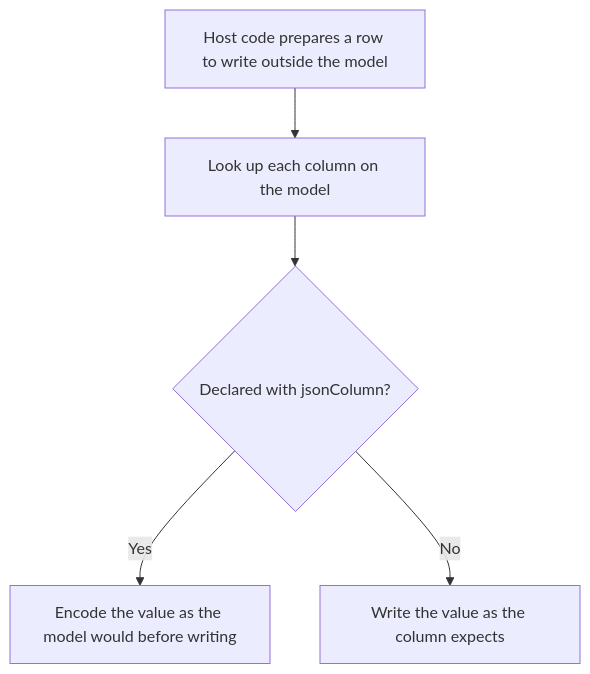
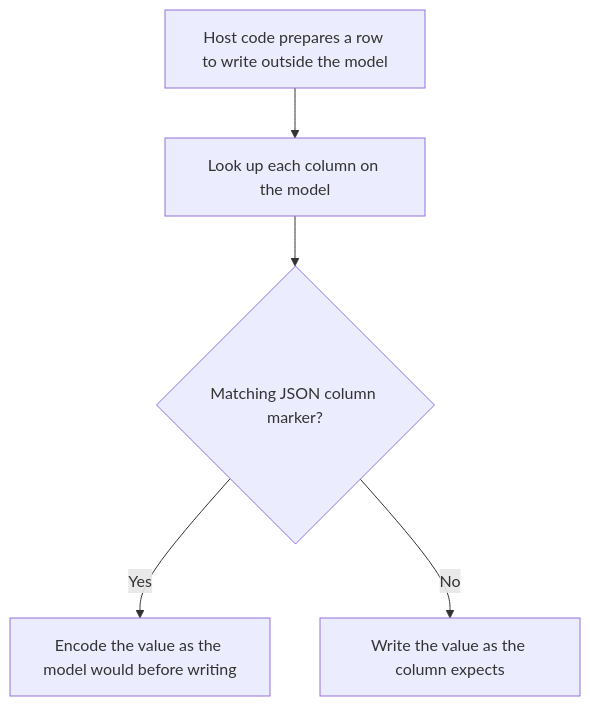
The first of 2 diagrams in user-stories/US-COLUMN-03-find-json-columns.md (Kevinjohn/oss-adonisjs-lucid-checked-columns), drawn with Mermaid before and after one commit. The commit also changed other lines of this file and 7 other files, not shown here.

````diff
--- a/user-stories/US-COLUMN-03-find-json-columns.md
+++ b/user-stories/US-COLUMN-03-find-json-columns.md
@@ -24,7 +24,7 @@
 ```mermaid
 flowchart TD
     A["Host code prepares a row to write outside the model"] --> B["Look up each column on the model"]
-    B --> C{"Declared with jsonColumn?"}
+    B --> C{"Matching JSON column marker?"}
     C -->|Yes| D["Encode the value as the model would before writing"]
     C -->|No| E["Write the value as the column expects"]
 ```
````
